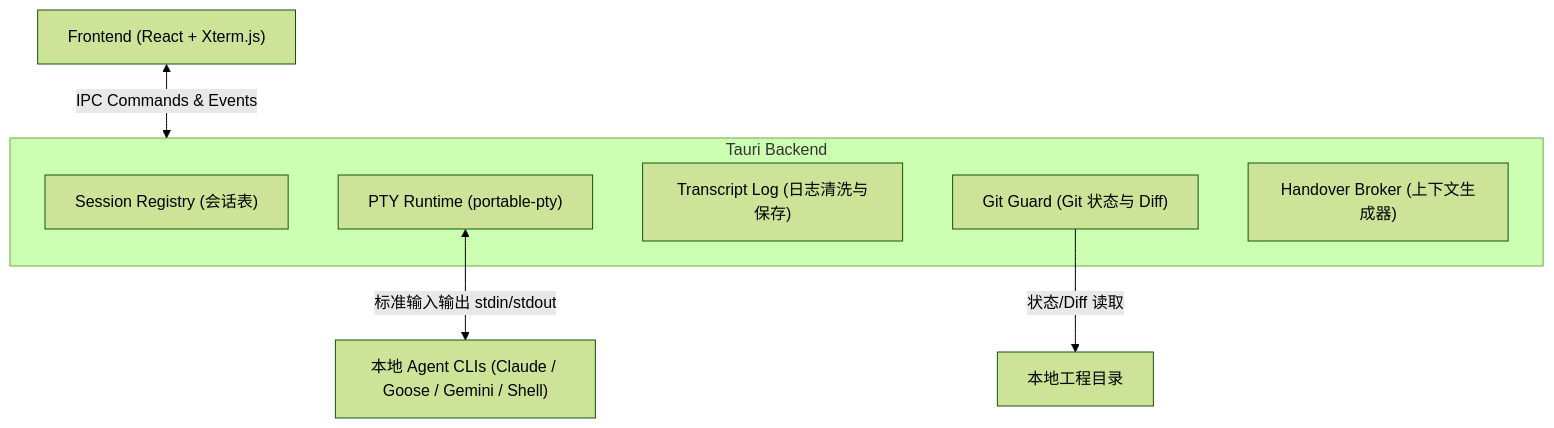
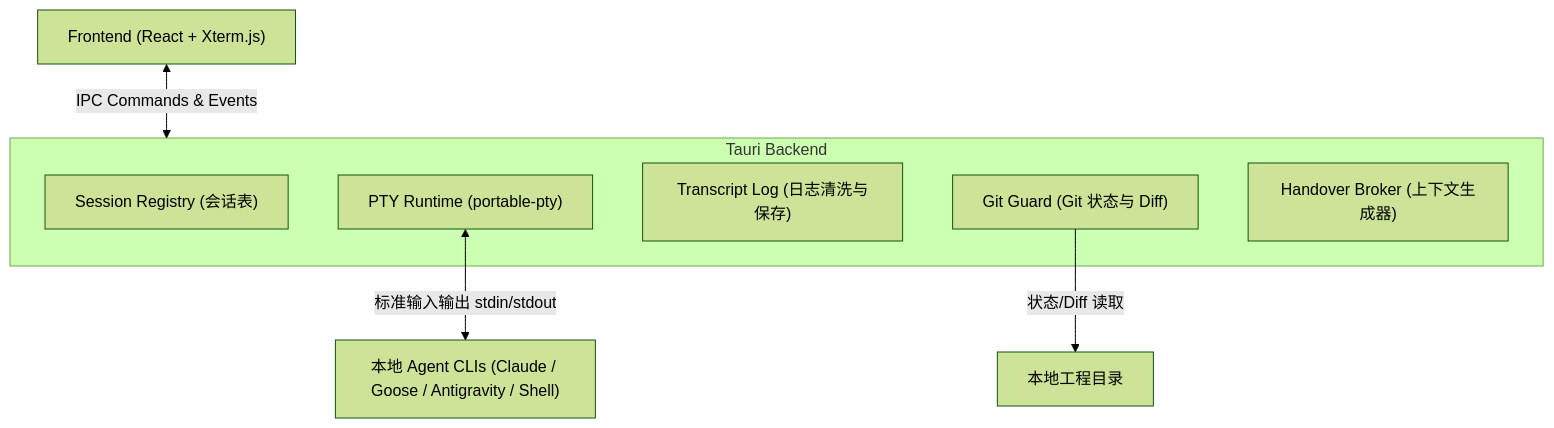
Before and after one commit to cola-sk/waypoint: the first of 4 diagrams in AGENTRELAY_ARCHITECTURE_SUMMARY.md, drawn with Mermaid (forest theme). The commit also changed 6 other files, not shown here.

First line of the commit message:
refactor: rename Gemini CLI agent to Antigravity CLI (agy)

````diff
--- a/AGENTRELAY_ARCHITECTURE_SUMMARY.md
+++ b/AGENTRELAY_ARCHITECTURE_SUMMARY.md
@@ -23,15 +23,15 @@
 ```mermaid
 graph TD
     UI["Frontend (React + Xterm.js)"] <-->|IPC Commands & Events| Backend["Backend (Tauri v2 + Rust)"]
     
     subgraph Backend [Tauri Backend]
         Registry["Session Registry (会话表)"]
         PTY["PTY Runtime (portable-pty)"]
         Transcript["Transcript Log (日志清洗与保存)"]
         GitGuard["Git Guard (Git 状态与 Diff)"]
         Broker["Handover Broker (上下文生成器)"]
     end
     
-    PTY <-->|标准输入输出 stdin/stdout| CLI["本地 Agent CLIs (Claude / Goose / Gemini / Shell)"]
+    PTY <-->|标准输入输出 stdin/stdout| CLI["本地 Agent CLIs (Claude / Goose / Antigravity / Shell)"]
     GitGuard -->|状态/Diff 读取| Workspace["本地工程目录"]
 ```
````
